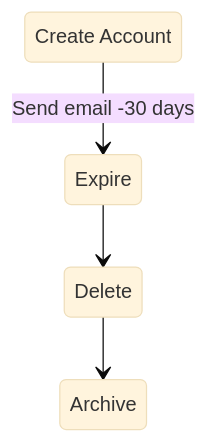
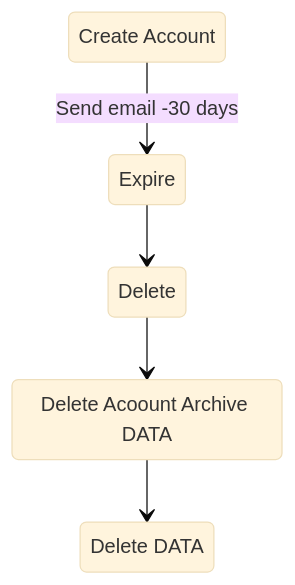
One commit to gferhpc/supercomputing.tue.nl changed the diagram in pages/documentation/administration/users.md. Above: the diagram before and after it, drawn with Mermaid (base theme).

````diff
--- a/pages/documentation/administration/users.md
+++ b/pages/documentation/administration/users.md
@@ -92,8 +92,11 @@
 ```mermaid
 stateDiagram
     s1: Create Account
+    s2: Delete Acoount Archive DATA
+    s3: Delete DATA
     s1 --> Expire: Send email -30 days
     Expire --> Delete
-    Delete --> Archive
+    Delete --> s2
+    s2 --> s3
 
 ``` 
````
